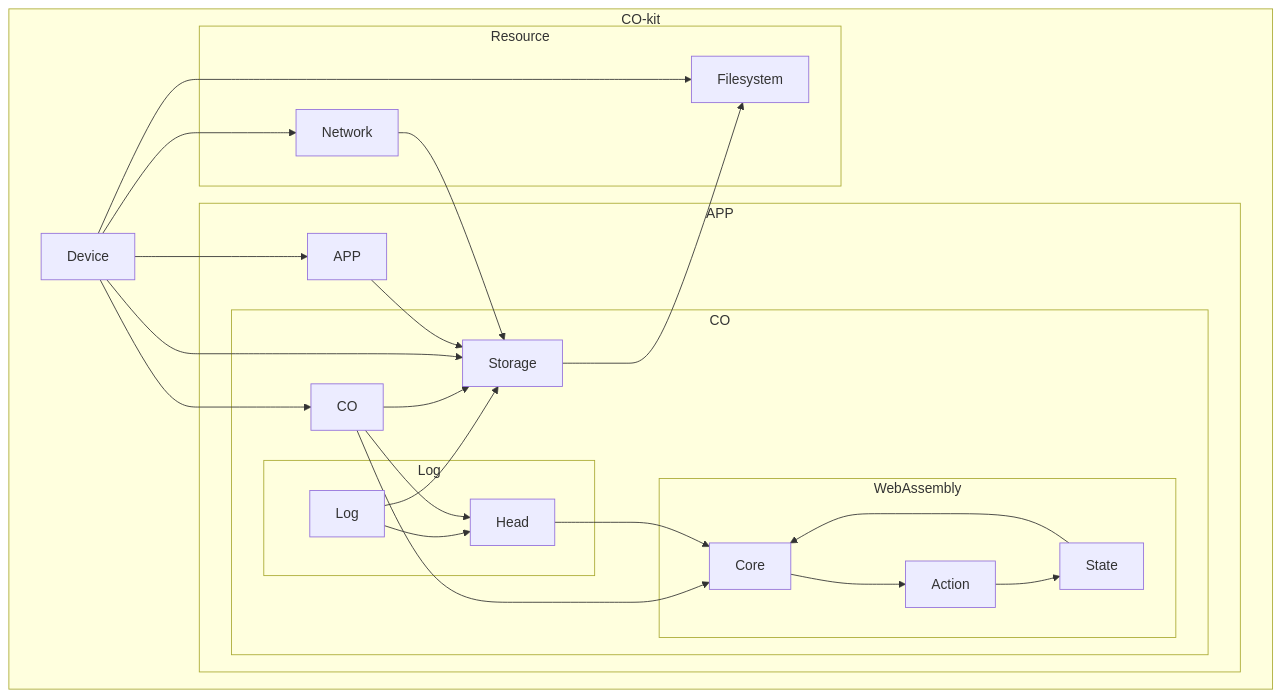
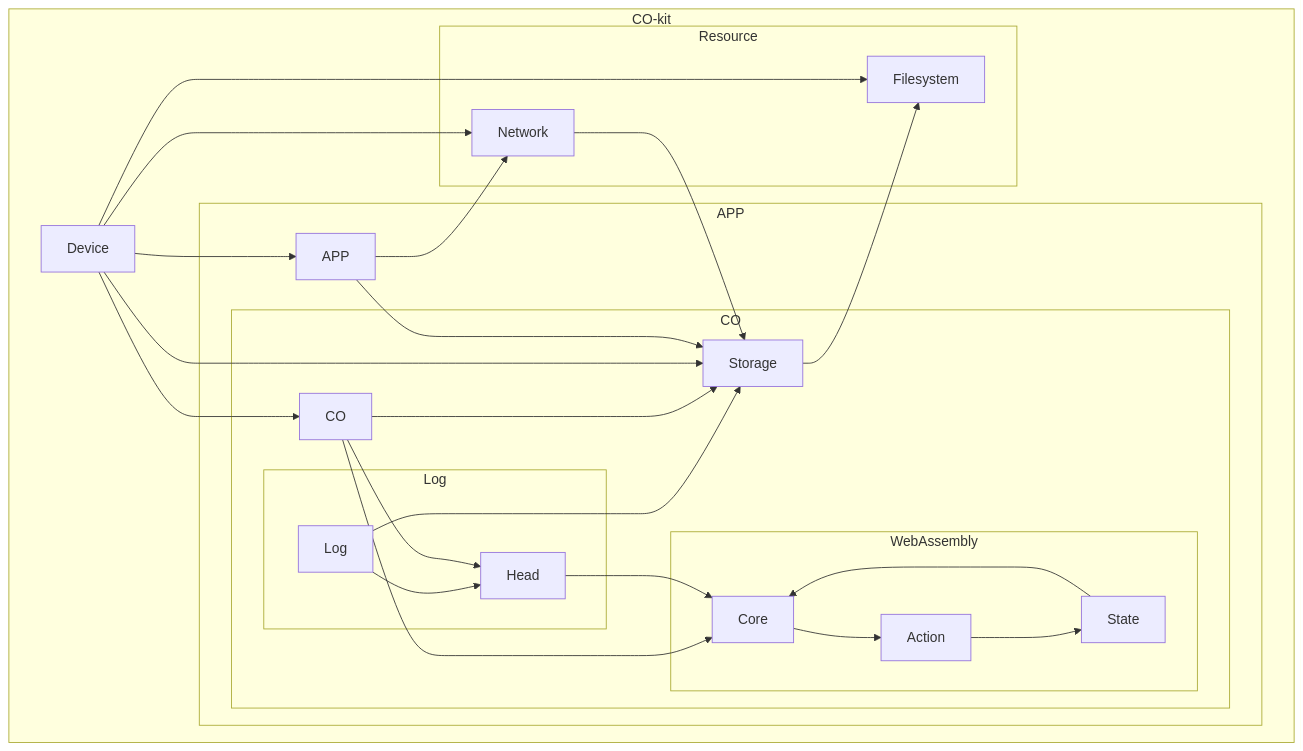
One commit to 1iolabs/cokit changed the diagram in docs/src/reference/architecture.md. Above: the diagram before and after it, drawn with Mermaid.

Commit message:
docs: architecture: added app/network connection
- as the app controls the network

````diff
--- a/docs/src/reference/architecture.md
+++ b/docs/src/reference/architecture.md
@@ -8,43 +8,44 @@
 ```mermaid
 flowchart TD
 	subgraph CO-kit
 		D["Device"]
 		subgraph Resource
 			F["Filesystem"]
 			N["Network"]
 		end
 		subgraph APP
 			B["APP"]
 			subgraph CO
 				C["CO"]
 				S["Storage"]
 				subgraph Log
 					L["Log"]
 					H["Head"]
 				end
 				subgraph WebAssembly
 					R["Core"]
 					A["Action"]
 					M["State"]
 				end
 			end
 		end
 	end
 	L --> S
 	L --> H
 	C --> R
 	C --> H
 	C --> S
 	M --> R
 	R --> A
 	H --> R
 	N --> S
 	D --> S
 	D --> C
 	D --> N
 	D --> F
 	D --> B
 	S --> F
 	A --> M
 	B --> S
+	B --> N
 ```
````
